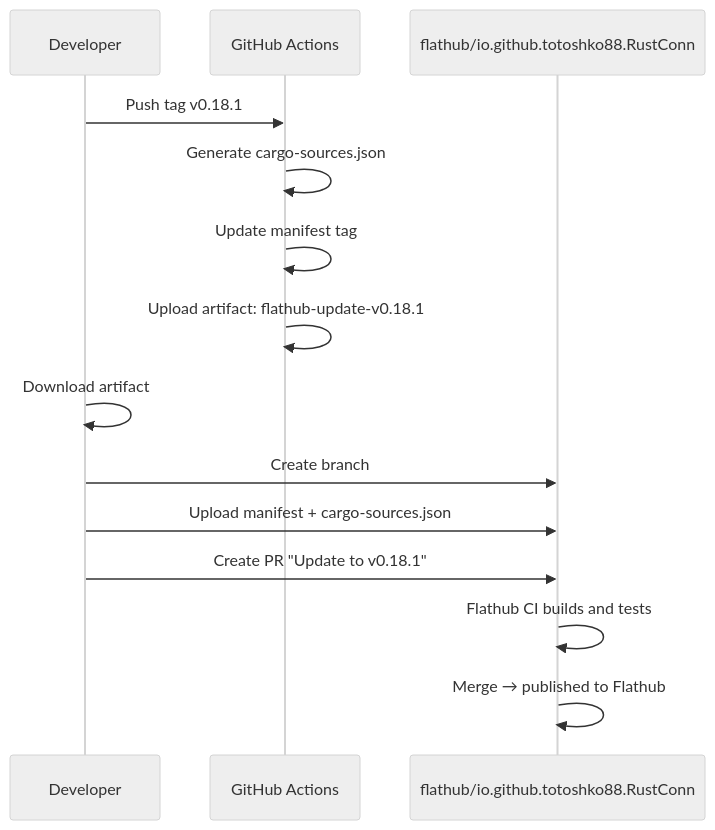
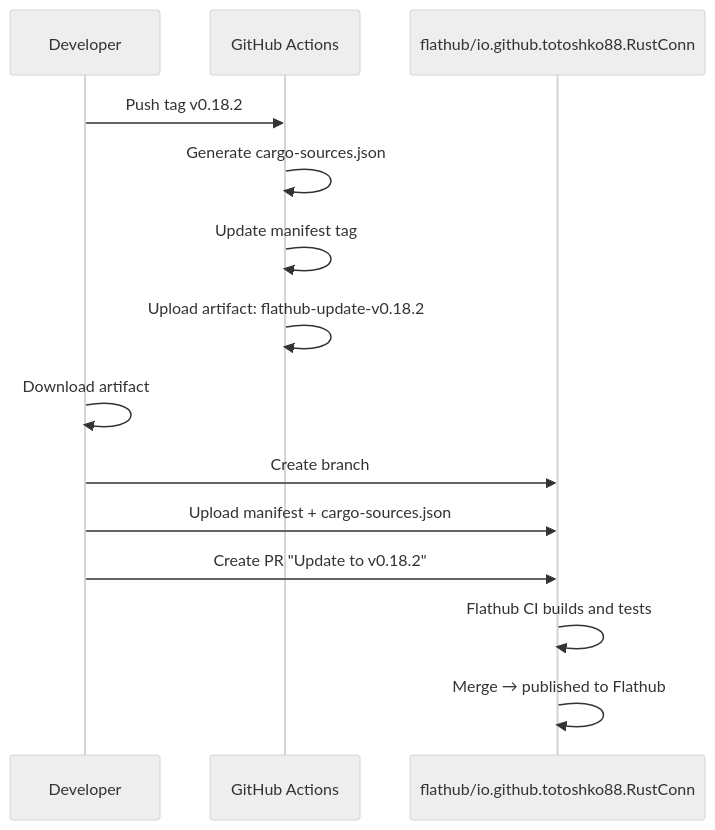
Before and after one commit to shanecaf/RustConn: the sixth of 6 diagrams in docs/CI_BUILD_FLOW.md, drawn with Mermaid (neutral theme). The commit also changed other lines of this file and 54 other files, not shown here.

````diff
--- a/docs/CI_BUILD_FLOW.md
+++ b/docs/CI_BUILD_FLOW.md
@@ -255,18 +255,18 @@
 ```mermaid
 sequenceDiagram
     participant Dev as Developer
     participant GH as GitHub Actions
     participant FH as flathub/io.github.totoshko88.RustConn
 
-    Dev->>GH: Push tag v0.18.1
+    Dev->>GH: Push tag v0.18.2
     GH->>GH: Generate cargo-sources.json
     GH->>GH: Update manifest tag
-    GH->>GH: Upload artifact: flathub-update-v0.18.1
+    GH->>GH: Upload artifact: flathub-update-v0.18.2
 
     Dev->>Dev: Download artifact
     Dev->>FH: Create branch
     Dev->>FH: Upload manifest + cargo-sources.json
-    Dev->>FH: Create PR "Update to v0.18.1"
+    Dev->>FH: Create PR "Update to v0.18.2"
     FH->>FH: Flathub CI builds and tests
     FH->>FH: Merge → published to Flathub
 ```
````
